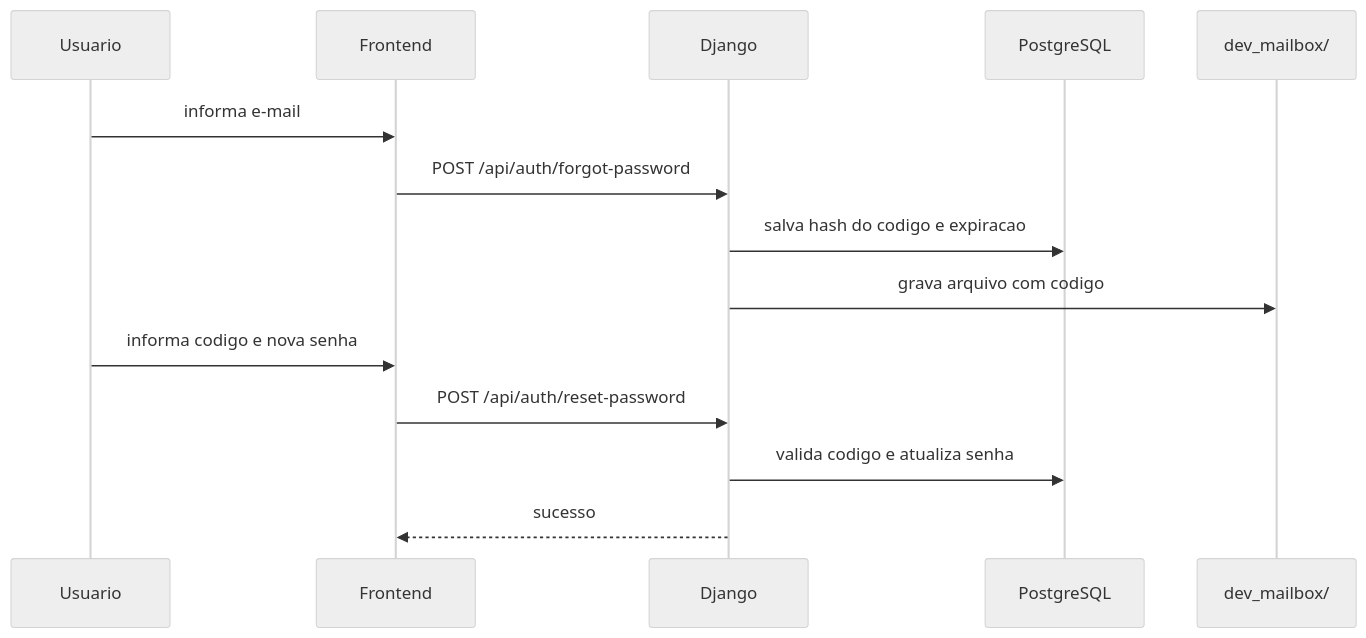
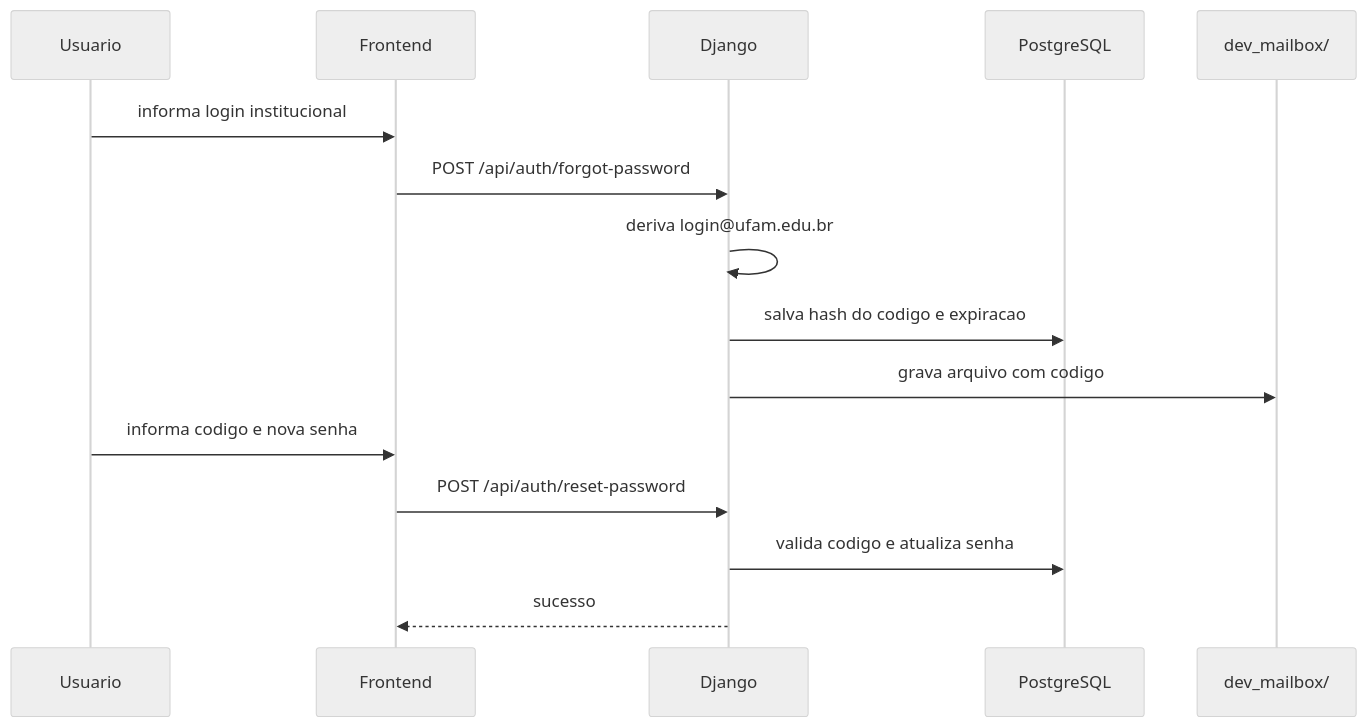
Before and after one commit to alexandreggoncalves/os_icet: the eighth of 8 diagrams in doc/fluxos.md, drawn with Mermaid (neutral theme). The commit also changed other lines of this file and 15 other files, not shown here.

````diff
--- a/doc/fluxos.md
+++ b/doc/fluxos.md
@@ -128,17 +129,18 @@
 ```mermaid
 sequenceDiagram
     participant U as Usuario
     participant F as Frontend
     participant D as Django
     participant DB as PostgreSQL
     participant M as dev_mailbox/
 
-    U->>F: informa e-mail
+    U->>F: informa login institucional
     F->>D: POST /api/auth/forgot-password
+    D->>D: deriva login@ufam.edu.br
     D->>DB: salva hash do codigo e expiracao
     D->>M: grava arquivo com codigo
     U->>F: informa codigo e nova senha
     F->>D: POST /api/auth/reset-password
     D->>DB: valida codigo e atualiza senha
     D-->>F: sucesso
 ```
````
